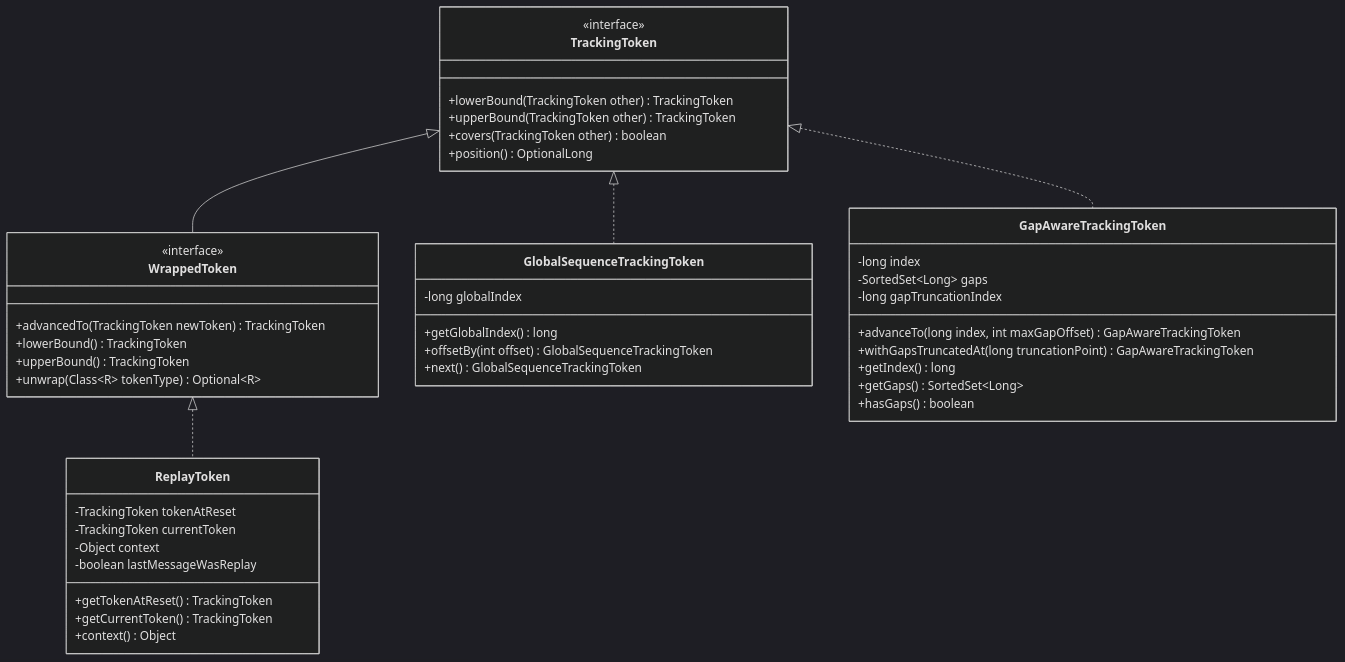
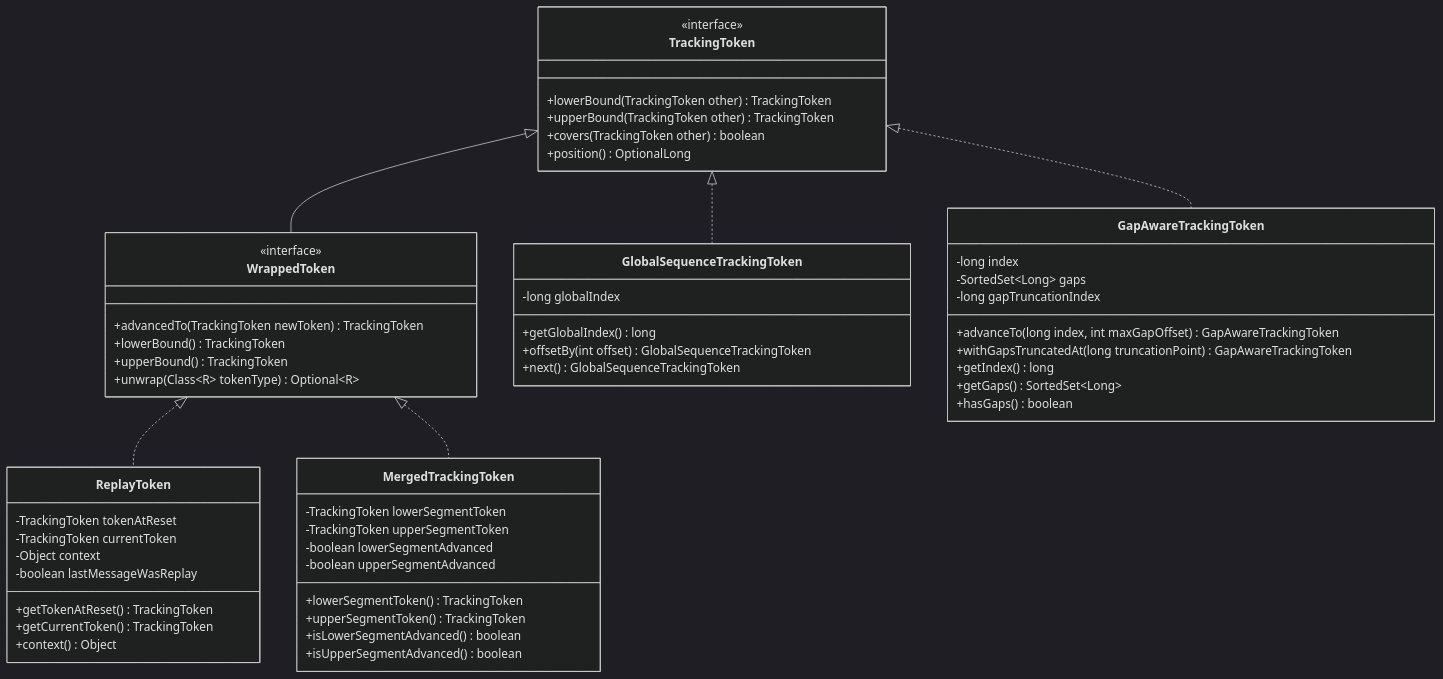
Before and after one commit to AxonFramework/AxonFramework: the first of 4 diagrams in .claude/knowledge/tracking-tokens.md, drawn with Mermaid (dark theme). The commit also changed other lines of this file and 5 other files, not shown here.

````diff
--- a/.claude/knowledge/tracking-tokens.md
+++ b/.claude/knowledge/tracking-tokens.md
@@ -24,51 +25,63 @@
 ```mermaid
 classDiagram
     class TrackingToken {
         <<interface>>
         +lowerBound(TrackingToken other) TrackingToken
         +upperBound(TrackingToken other) TrackingToken
         +covers(TrackingToken other) boolean
         +position() OptionalLong
     }
 
     class WrappedToken {
         <<interface>>
         +advancedTo(TrackingToken newToken) TrackingToken
         +lowerBound() TrackingToken
         +upperBound() TrackingToken
         +unwrap(Class~R~ tokenType) Optional~R~
     }
 
     class GlobalSequenceTrackingToken {
         -long globalIndex
         +getGlobalIndex() long
         +offsetBy(int offset) GlobalSequenceTrackingToken
         +next() GlobalSequenceTrackingToken
     }
 
     class GapAwareTrackingToken {
         -long index
         -SortedSet~Long~ gaps
         -long gapTruncationIndex
         +advanceTo(long index, int maxGapOffset) GapAwareTrackingToken
         +withGapsTruncatedAt(long truncationPoint) GapAwareTrackingToken
         +getIndex() long
         +getGaps() SortedSet~Long~
         +hasGaps() boolean
     }
 
     class ReplayToken {
         -TrackingToken tokenAtReset
         -TrackingToken currentToken
         -Object context
         -boolean lastMessageWasReplay
         +getTokenAtReset() TrackingToken
         +getCurrentToken() TrackingToken
         +context() Object
     }
 
+    class MergedTrackingToken {
+        -TrackingToken lowerSegmentToken
+        -TrackingToken upperSegmentToken
+        -boolean lowerSegmentAdvanced
+        -boolean upperSegmentAdvanced
+        +lowerSegmentToken() TrackingToken
+        +upperSegmentToken() TrackingToken
+        +isLowerSegmentAdvanced() boolean
+        +isUpperSegmentAdvanced() boolean
+    }
+
     TrackingToken <|.. GlobalSequenceTrackingToken
     TrackingToken <|.. GapAwareTrackingToken
     TrackingToken <|-- WrappedToken
     WrappedToken <|.. ReplayToken
+    WrappedToken <|.. MergedTrackingToken
 ```
````
